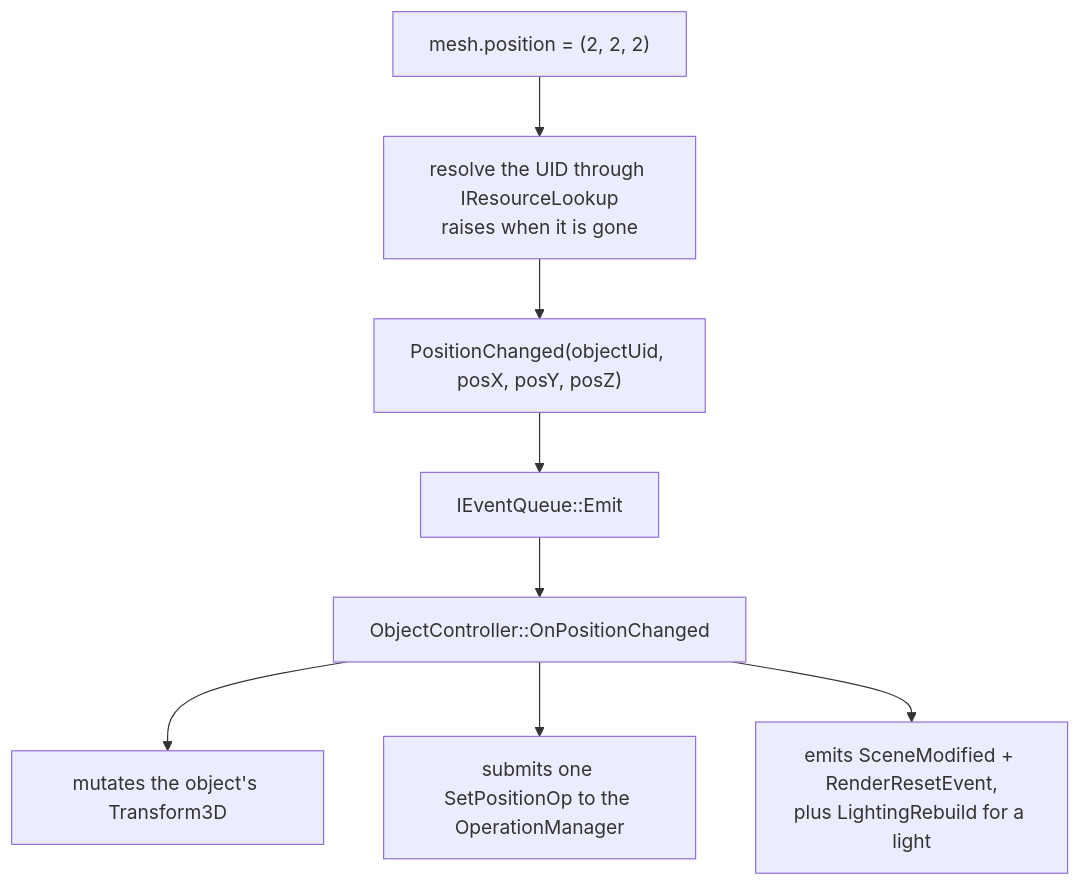
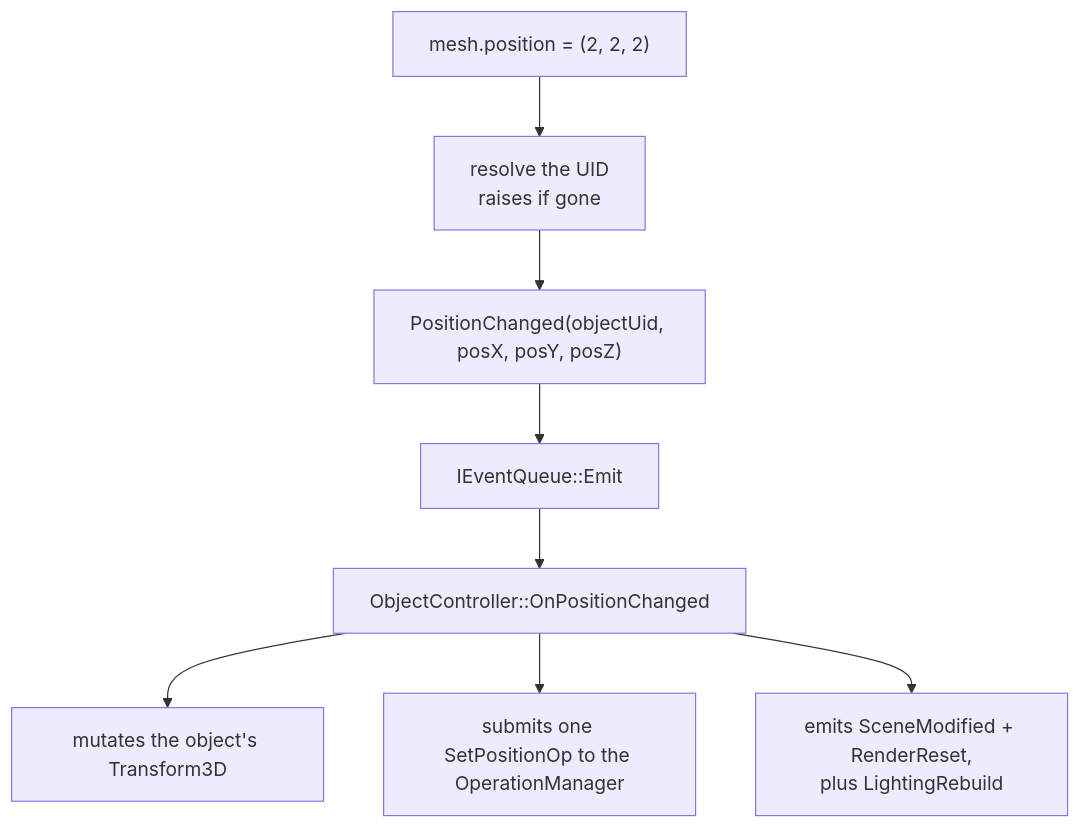
Before and after one commit to XDzZyq/Neurus: the diagram in docs/script/overview.md, drawn with Mermaid. The commit also changed 14 other files, not shown here.

First line of the commit message:
docs(diagrams): cut node labels to two short lines

````diff
--- a/docs/script/overview.md
+++ b/docs/script/overview.md
@@ -113,10 +113,10 @@
 ```mermaid
 flowchart TD
-    setter["mesh.position = (2, 2, 2)"] --> resolve["resolve the UID through IResourceLookup<br/>raises when it is gone"]
+    setter["mesh.position = (2, 2, 2)"] --> resolve["resolve the UID<br/>raises if gone"]
     resolve --> event["PositionChanged(objectUid, posX, posY, posZ)"]
     event --> emit["IEventQueue::Emit"]
     emit --> handler["ObjectController::OnPositionChanged"]
     handler --> mutate["mutates the object's Transform3D"]
     handler --> operation["submits one SetPositionOp to the OperationManager"]
-    handler --> notify["emits SceneModified + RenderResetEvent,<br/>plus LightingRebuild for a light"]
+    handler --> notify["emits SceneModified + RenderReset,<br/>plus LightingRebuild"]
 ```
````
